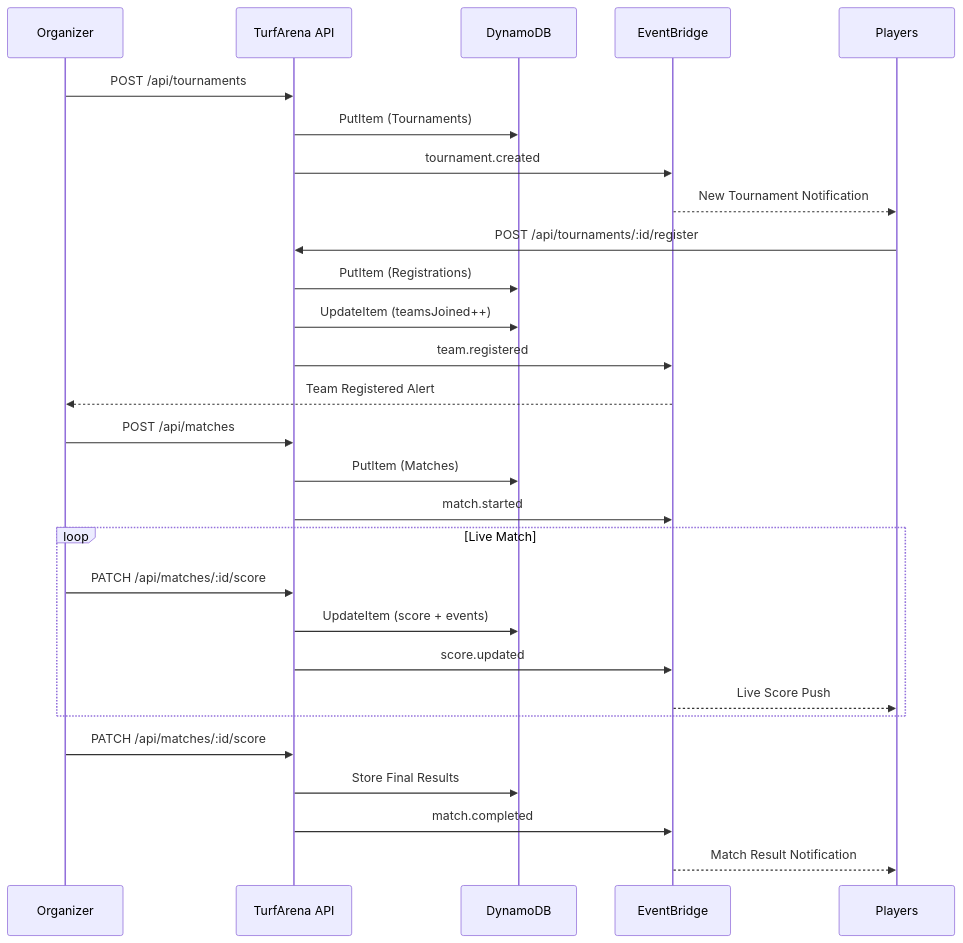
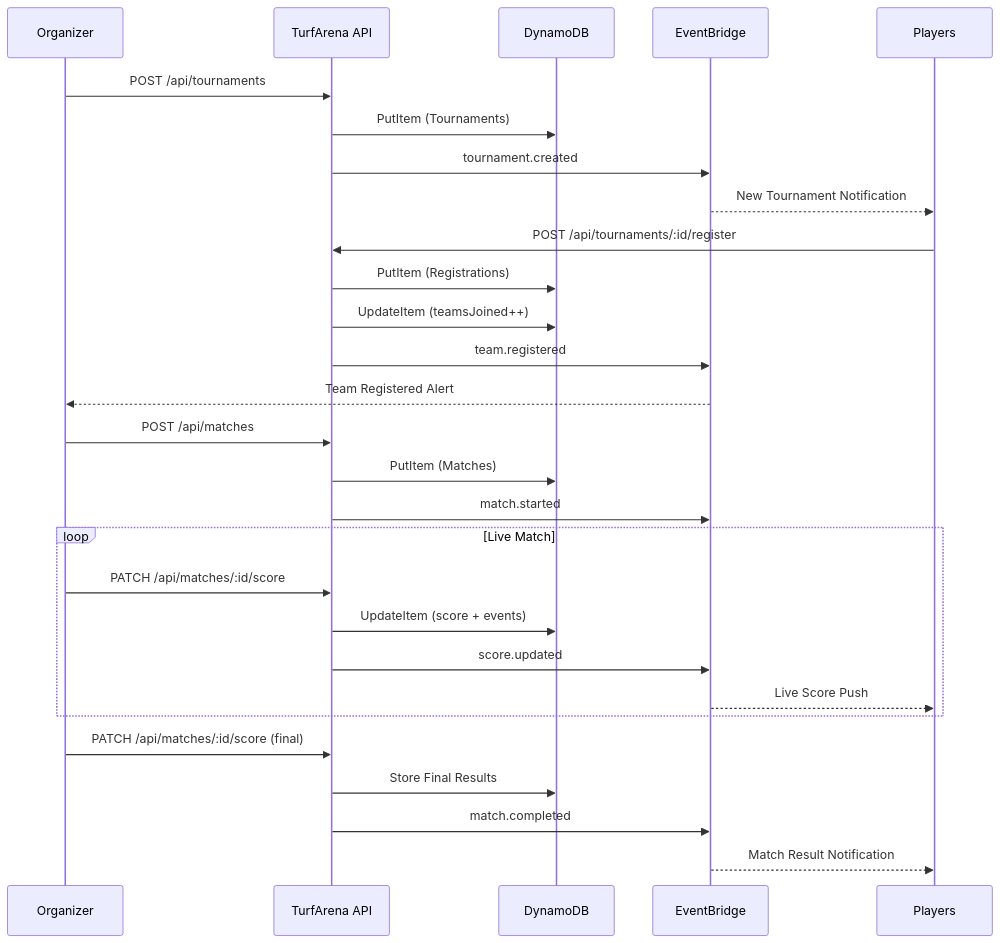
The fifth of 9 diagrams in README.md (dineshrajdhanapathyDD/TurfArena), drawn with Mermaid before and after one commit. The commit also changed other lines of this file and 11 other files, not shown here.

````diff
--- a/README.md
+++ b/README.md
@@ -293,35 +233,35 @@
 ```mermaid
 sequenceDiagram
     participant O as Organizer
     participant App as TurfArena API
     participant DB as DynamoDB
     participant EB as EventBridge
     participant P as Players
 
     O->>App: POST /api/tournaments
     App->>DB: PutItem (Tournaments)
     App->>EB: tournament.created
     EB-->>P: New Tournament Notification
 
     P->>App: POST /api/tournaments/:id/register
     App->>DB: PutItem (Registrations)
     App->>DB: UpdateItem (teamsJoined++)
     App->>EB: team.registered
     EB-->>O: Team Registered Alert
 
     O->>App: POST /api/matches
     App->>DB: PutItem (Matches)
     App->>EB: match.started
 
     loop Live Match
         O->>App: PATCH /api/matches/:id/score
         App->>DB: UpdateItem (score + events)
         App->>EB: score.updated
         EB-->>P: Live Score Push
     end
 
-    O->>App: PATCH /api/matches/:id/score
+    O->>App: PATCH /api/matches/:id/score (final)
     App->>DB: Store Final Results
     App->>EB: match.completed
     EB-->>P: Match Result Notification
 ```
````
